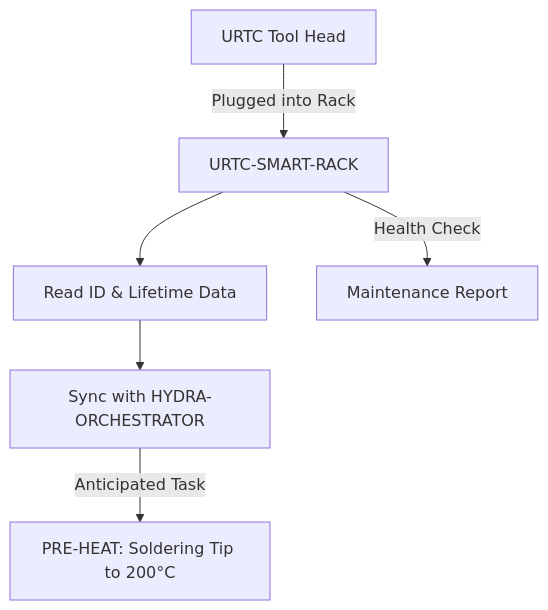
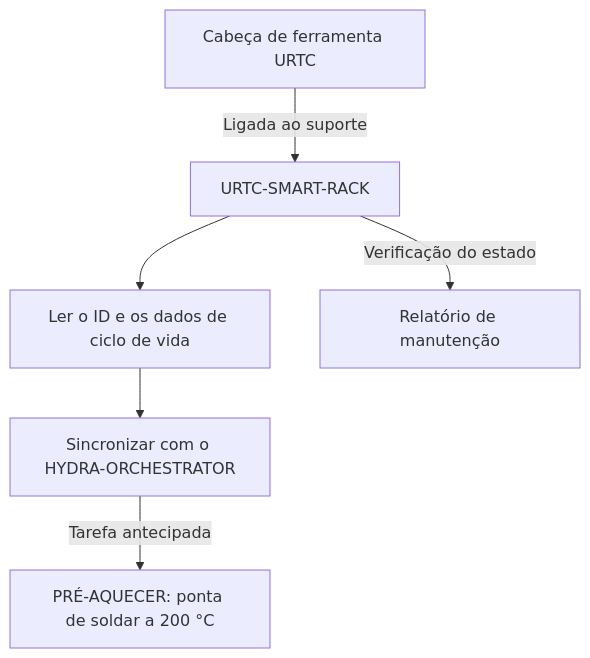
One commit to JuanenRac/URTC-SMART-RACK changed the diagram in README_por.md. Above: the diagram before and after it, drawn with Mermaid. The commit also changed other lines of this file and 4 other files, not shown here.

````diff
--- a/README_por.md
+++ b/README_por.md
@@ -90,8 +90,8 @@
 ```mermaid
 flowchart TB
-    TOOL["URTC Tool Head"] -- Plugged into Rack --> RACK["URTC-SMART-RACK"]
-    RACK --> IDENT["Read ID & Lifetime Data"]
-    IDENT --> SYNC["Sync with HYDRA-ORCHESTRATOR"]
-    SYNC -- Anticipated Task --> HEAT["PRE-HEAT: Soldering Tip to 200°C"]
-    RACK -- Health Check --> LOG["Maintenance Report"]
+    TOOL["Cabeça de ferramenta URTC"] -- Ligada ao suporte --> RACK["URTC-SMART-RACK"]
+    RACK --> IDENT["Ler o ID e os dados de ciclo de vida"]
+    IDENT --> SYNC["Sincronizar com o HYDRA-ORCHESTRATOR"]
+    SYNC -- Tarefa antecipada --> HEAT["PRÉ-AQUECER: ponta de soldar a 200 °C"]
+    RACK -- Verificação do estado --> LOG["Relatório de manutenção"]
 ```
````
